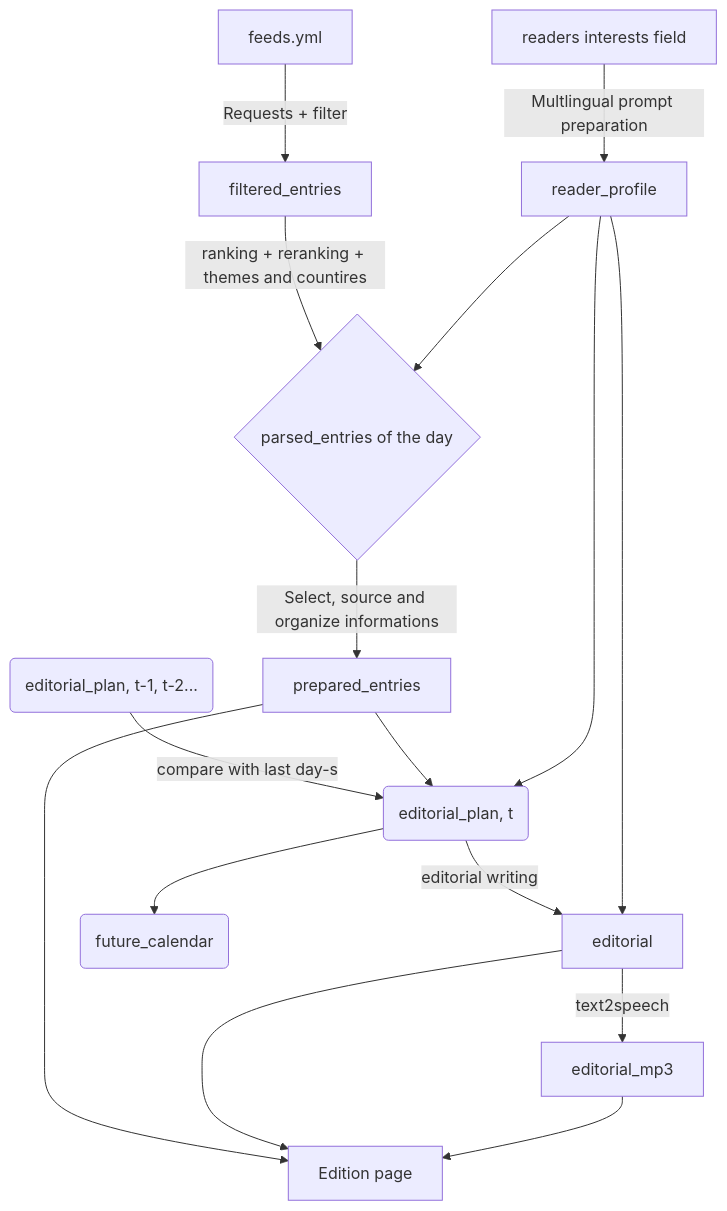
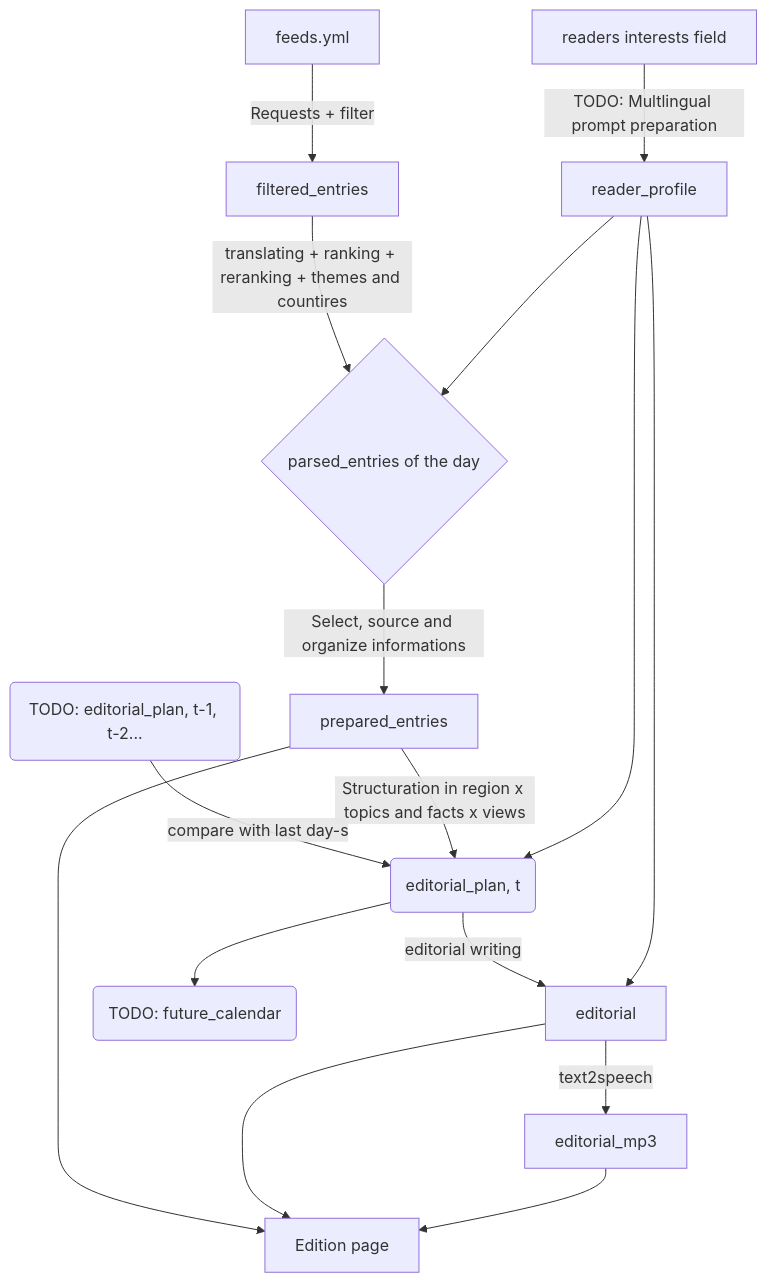
The diagram in README.md (RenardDesNeiges/press_room), drawn with Mermaid before and after one commit. The commit also changed other lines of this file and 2 other files, not shown here.

````diff
--- a/README.md
+++ b/README.md
@@ -220,33 +191,33 @@
 ```mermaid
 flowchart TD
 
     A[feeds.yml] -->|Requests + filter| B[filtered_entries]
-    B -->|ranking + reranking + themes and countires| C{parsed_entries of the day}
+    B -->|translating + ranking + reranking + themes and countires| C{parsed_entries of the day}
     
-    D0(editorial_plan, t-1, t-2...)-->|compare with last day-s|D
+    D0(TODO: editorial_plan, t-1, t-2...)-->|compare with last day-s|D
 
 
     C -->|Select, source and organize informations|E2
     D(editorial_plan, t)-->|editorial writing|E1
 
-    D-->E3(future_calendar)
+    D-->E3(TODO: future_calendar)
 
     E1[editorial]
     E2[prepared_entries]
-    E2-->D
+    E2-->|Structuration in region x topics and facts x views|D
 
     P0[readers interests field]
 
-    P0-->|Multlingual prompt preparation|P1
+    P0-->|TODO: Multlingual prompt preparation|P1
     P1[reader_profile]
     P1-->E1
     P1-->D
     P1-->C
     
     E1-->|text2speech|F[editorial_mp3]
 
     E2-->H[Edition page]
     E1-->H
     F-->H
 
 ```
````
